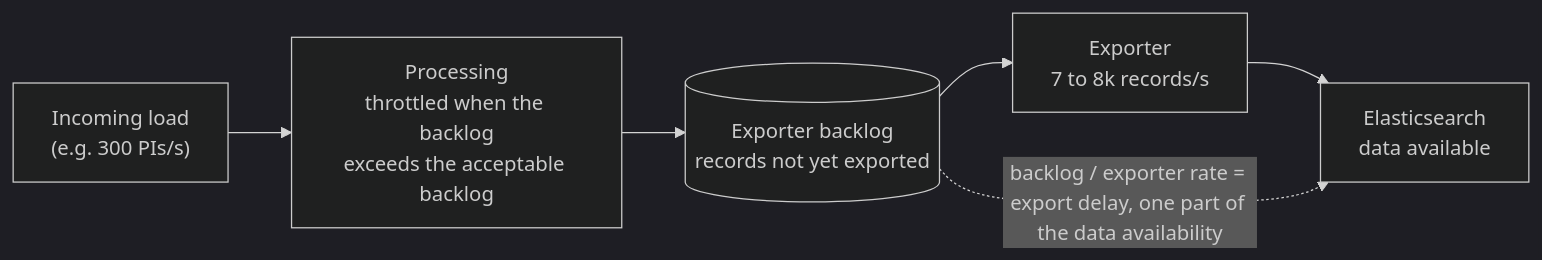
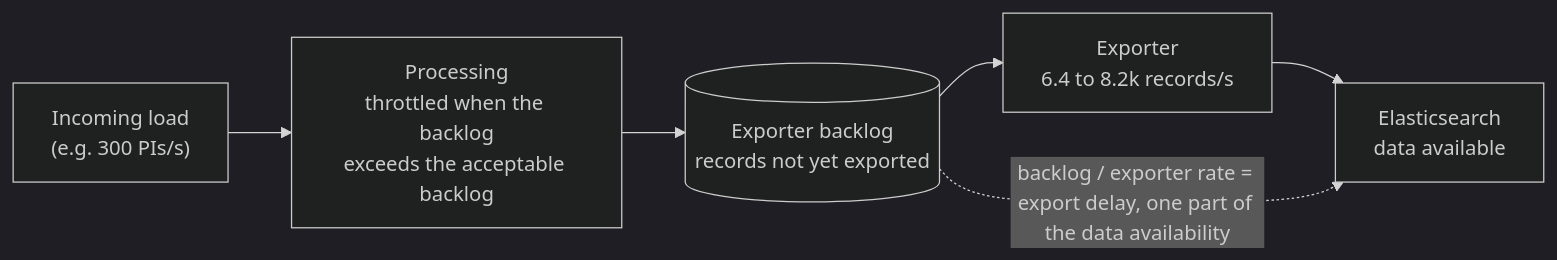
One commit to zeebe-io/zeebe-chaos changed the first of 7 diagrams in chaos-days/blog/2026-10-15-Experiment-with-flow-control/index.md. Above: the diagram before and after it, drawn with Mermaid (dark theme). The commit also changed other lines of this file, not shown here.

First line of the commit message:
blog: use the whole run exporter throughput to explain the PIs/s

````diff
--- a/chaos-days/blog/2026-10-15-Experiment-with-flow-control/index.md
+++ b/chaos-days/blog/2026-10-15-Experiment-with-flow-control/index.md
@@ -35,8 +35,8 @@
 ```mermaid
 flowchart LR
     A["Incoming load<br/>(e.g. 300 PIs/s)"] --> B["Processing<br/>throttled when the backlog<br/>exceeds the acceptable backlog"]
     B --> C[("Exporter backlog<br/>records not yet exported")]
-    C --> D["Exporter<br/>7 to 8k records/s"]
+    C --> D["Exporter<br/>6.4 to 8.2k records/s"]
     D --> E["Elasticsearch<br/>data available"]
     C -. "backlog / exporter rate = export delay, one part of the data availability" .-> E
 ```
````
